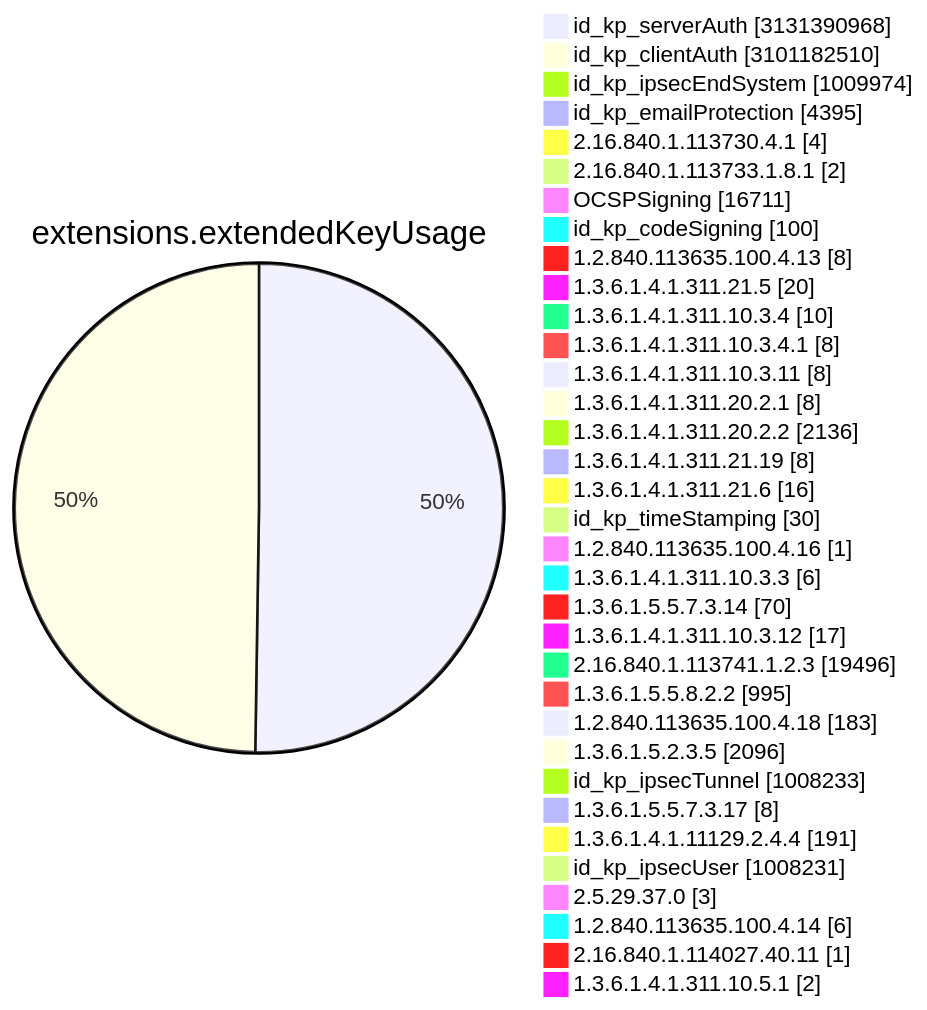
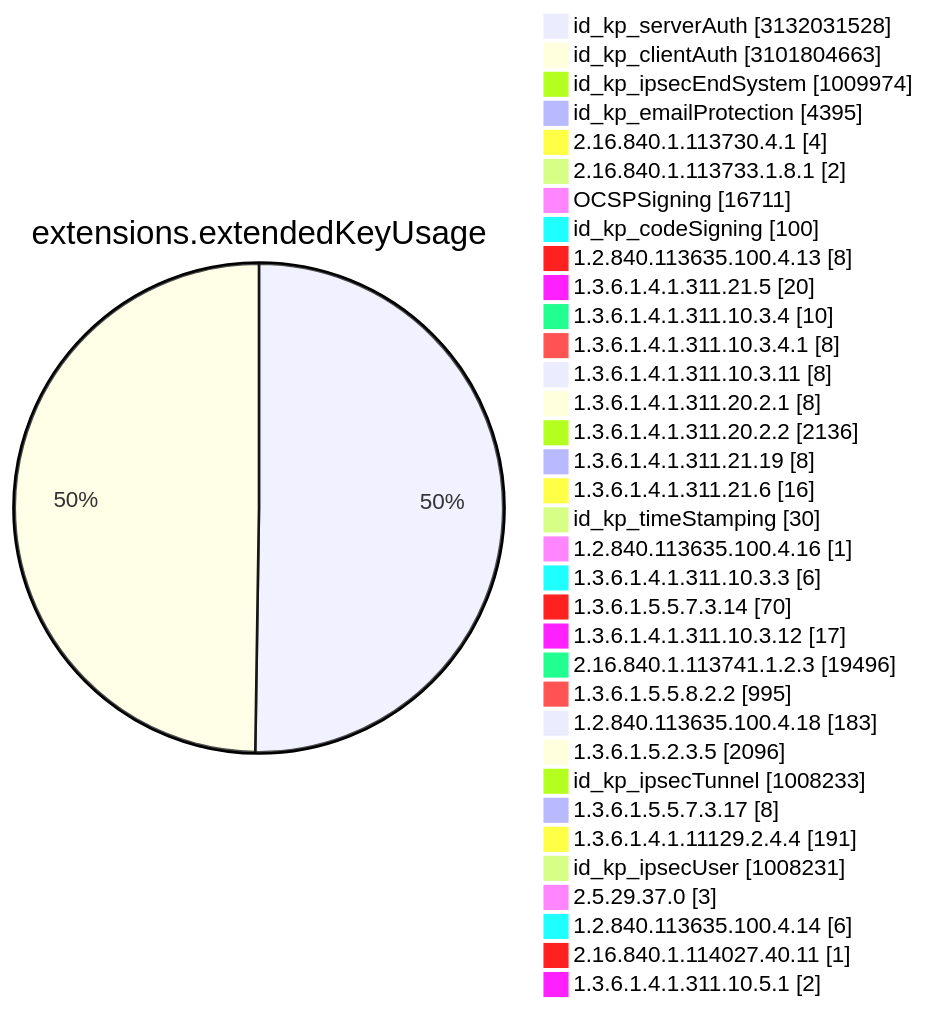
Before and after one commit to christiankrug/ctmonitor_visualization: diagram 11 of 15 in TOTAL/README.md, drawn with Mermaid. The commit also changed other lines of this file, not shown here.

````diff
--- a/TOTAL/README.md
+++ b/TOTAL/README.md
@@ -4119,38 +4119,38 @@
 ```mermaid
 pie showData
 title extensions.extendedKeyUsage
-"id_kp_serverAuth" :3131390968
-"id_kp_clientAuth" :3101182510
+"id_kp_serverAuth" :3132031528
+"id_kp_clientAuth" :3101804663
 "id_kp_ipsecEndSystem" :1009974
 "id_kp_emailProtection" :4395
 "2.16.840.1.113730.4.1" :4
 "2.16.840.1.113733.1.8.1" :2
 "OCSPSigning" :16711
 "id_kp_codeSigning" :100
 "1.2.840.113635.100.4.13" :8
 "1.3.6.1.4.1.311.21.5" :20
 "1.3.6.1.4.1.311.10.3.4" :10
 "1.3.6.1.4.1.311.10.3.4.1" :8
 "1.3.6.1.4.1.311.10.3.11" :8
 "1.3.6.1.4.1.311.20.2.1" :8
 "1.3.6.1.4.1.311.20.2.2" :2136
 "1.3.6.1.4.1.311.21.19" :8
 "1.3.6.1.4.1.311.21.6" :16
 "id_kp_timeStamping" :30
 "1.2.840.113635.100.4.16" :1
 "1.3.6.1.4.1.311.10.3.3" :6
 "1.3.6.1.5.5.7.3.14" :70
 "1.3.6.1.4.1.311.10.3.12" :17
 "2.16.840.1.113741.1.2.3" :19496
 "1.3.6.1.5.5.8.2.2" :995
 "1.2.840.113635.100.4.18" :183
 "1.3.6.1.5.2.3.5" :2096
 "id_kp_ipsecTunnel" :1008233
 "1.3.6.1.5.5.7.3.17" :8
 "1.3.6.1.4.1.11129.2.4.4" :191
 "id_kp_ipsecUser" :1008231
 "2.5.29.37.0" :3
 "1.2.840.113635.100.4.14" :6
 "2.16.840.1.114027.40.11" :1
 "1.3.6.1.4.1.311.10.5.1" :2
 ```
````
